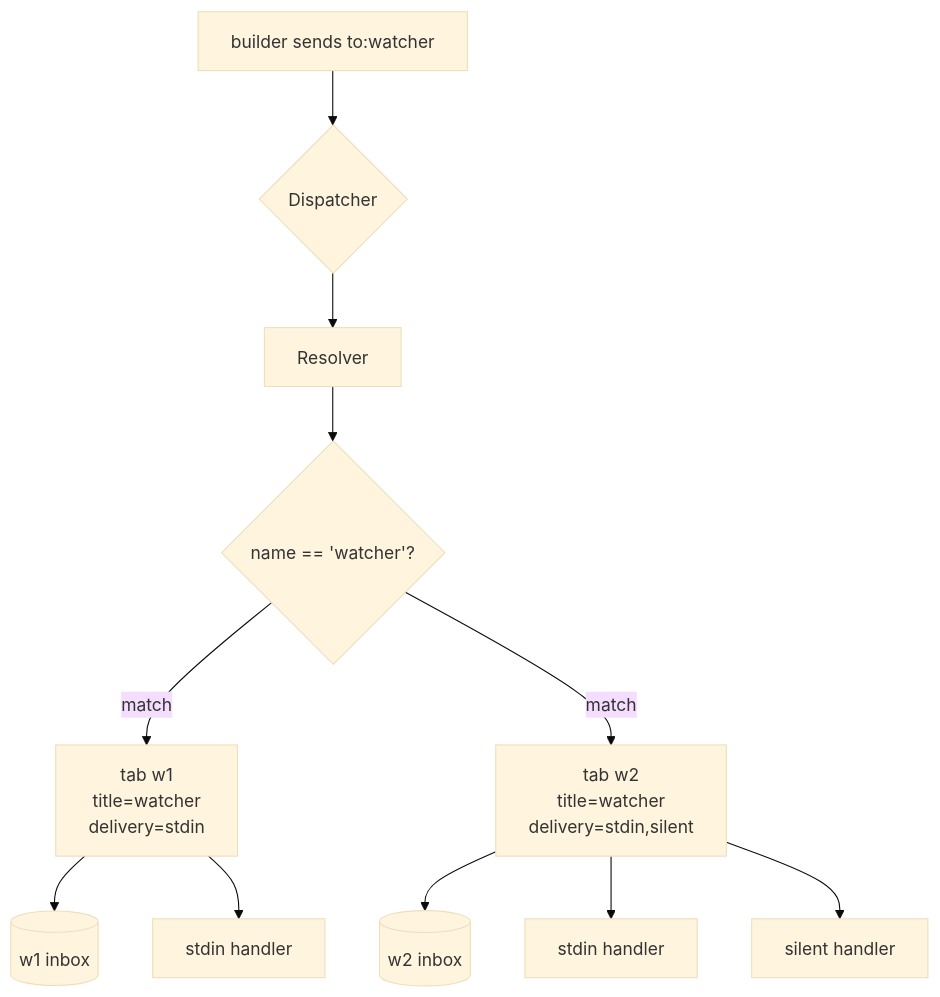
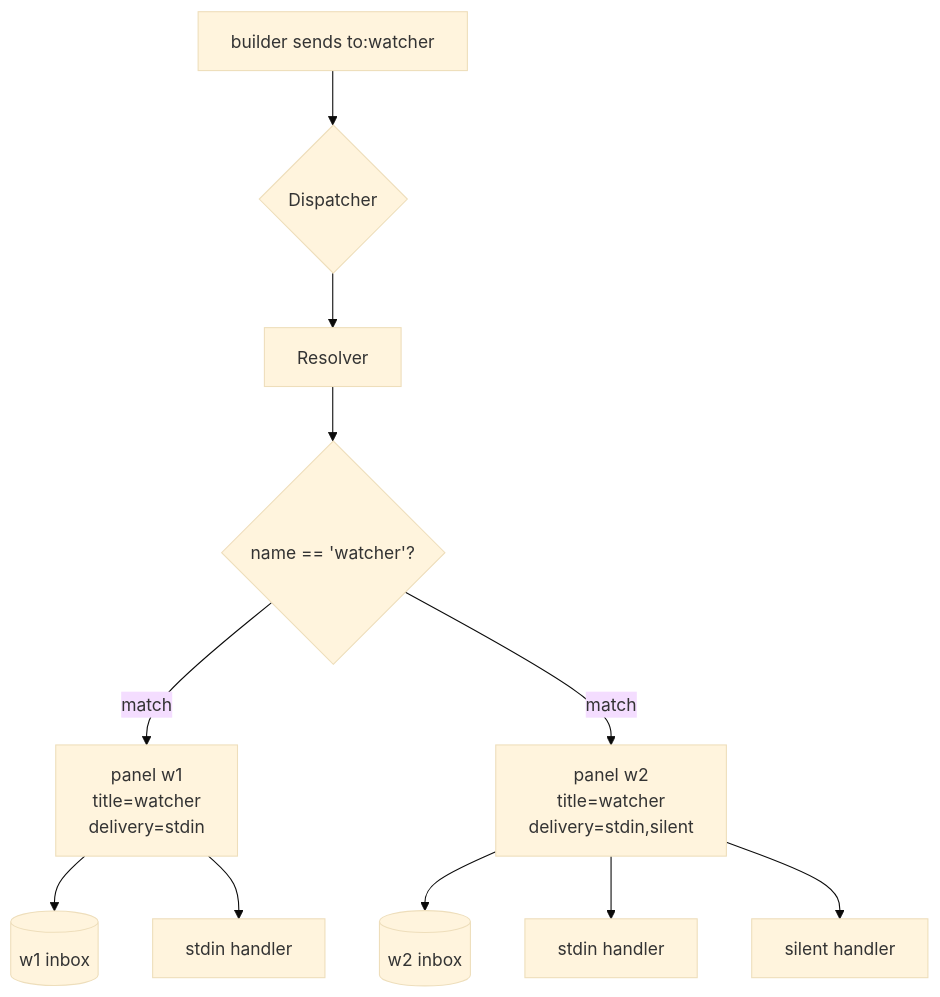
The fifth of 6 diagrams in docs/c11-mailbox-guide.md (Stage-11-Agentics/c11), drawn with Mermaid (base theme) before and after one commit. The commit also changed other lines of this file and 4 other files, not shown here.

````diff
--- a/docs/c11-mailbox-guide.md
+++ b/docs/c11-mailbox-guide.md
@@ -439,13 +439,13 @@
 ```mermaid
 flowchart TB
     S[builder sends to:watcher] --> D{Dispatcher}
     D --> R[Resolver]
     R --> M{name == 'watcher'?}
-    M -- match --> W1[tab w1<br/>title=watcher<br/>delivery=stdin]
-    M -- match --> W2[tab w2<br/>title=watcher<br/>delivery=stdin,silent]
+    M -- match --> W1[panel w1<br/>title=watcher<br/>delivery=stdin]
+    M -- match --> W2[panel w2<br/>title=watcher<br/>delivery=stdin,silent]
     W1 --> I1[(w1 inbox)]
     W2 --> I2[(w2 inbox)]
     W1 --> H1[stdin handler]
     W2 --> H2a[stdin handler]
     W2 --> H2b[silent handler]
 ```
````
